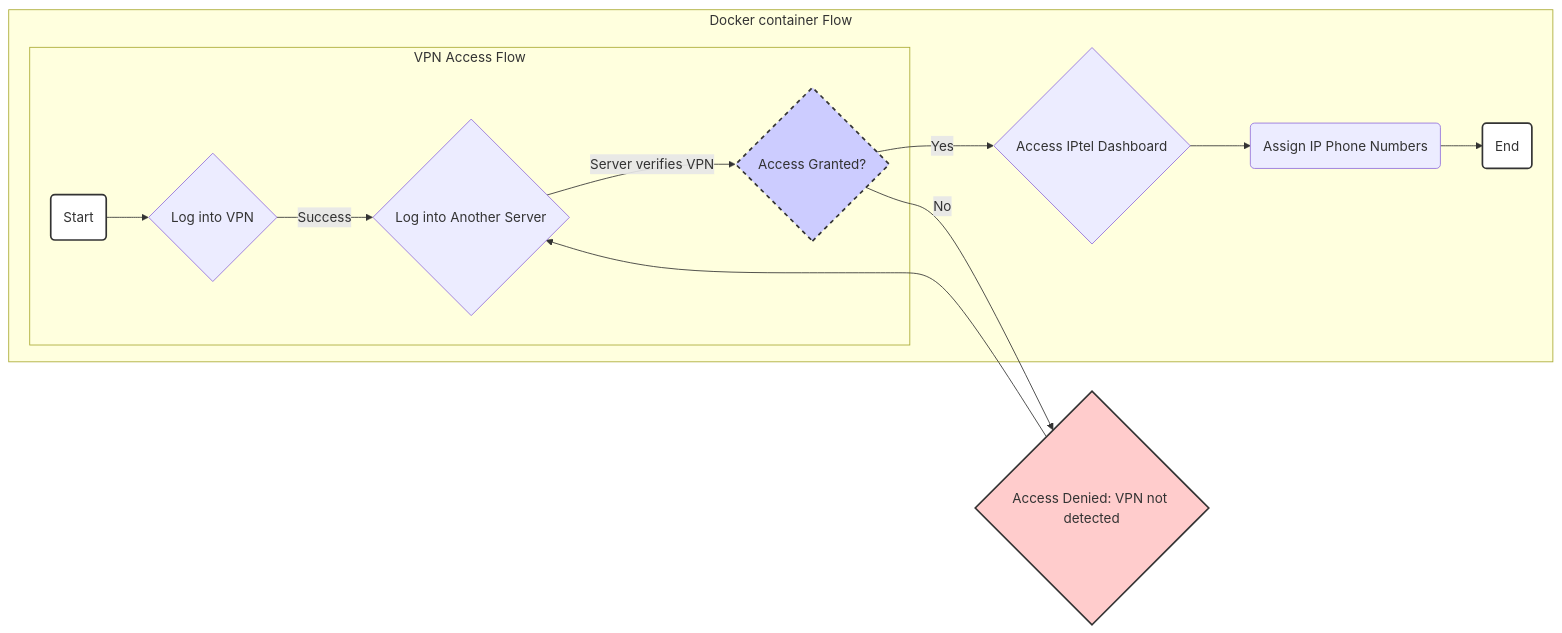
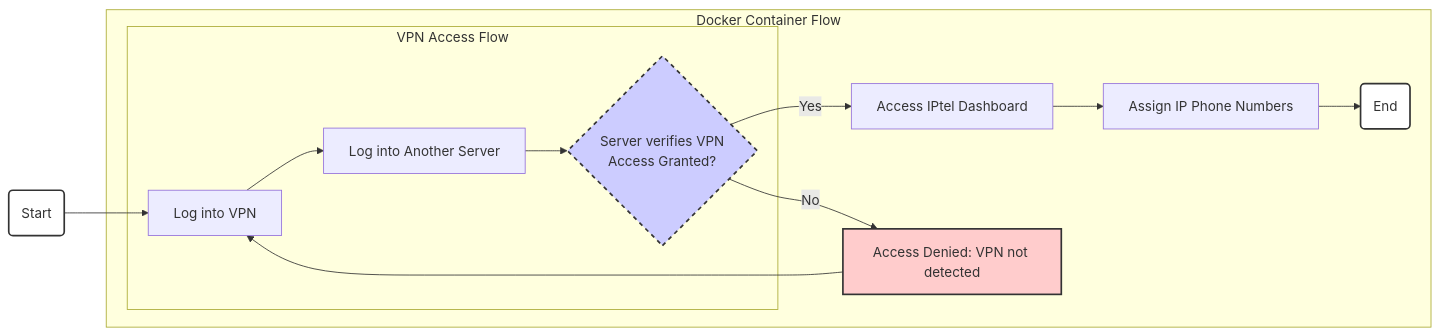
One commit to kairin/mermaid changed the diagram in iptel.md. Above: the diagram before and after it, drawn with Mermaid.

````diff
--- a/iptel.md
+++ b/iptel.md
@@ -1,30 +1,23 @@
 ```mermaid
 
 graph LR
-    A(Start) 
+    A(Start)
+    A --> B
 
-subgraph Docker container Flow
-subgraph VPN Access Flow
-    
-    A--> B{Log into VPN};
+    subgraph Docker Container Flow
+        subgraph VPN Access Flow
+            B[Log into VPN] --> C[Log into Another Server]
+            C --> D{Server verifies VPN<br/>Access Granted?}
+        end
+        D -- Yes --> E[Access IPtel Dashboard]
+        E --> F[Assign IP Phone Numbers]
+        F --> G(End)
+        D -- No --> H[Access Denied: VPN not detected]
+        H --> B
+    end
 
-
-    B -- Success --> C{Log into Another Server};
-    C -- Server verifies VPN --> D{Access Granted?};
-
- %% If there are more steps between login and access granted, add them here
-  end    
-    D -- Yes --> E{Access IPtel Dashboard};
-    E --> F(Assign IP Phone Numbers);
-    F --> G(End);
- %% If there are more steps between login and access granted, add them here
-  end
-    D -- No --> H{Access Denied: VPN not detected};
-    H --> C;
     style A fill:#fff,stroke:#333,stroke-width:2px
     style G fill:#fff,stroke:#333,stroke-width:2px
     style D fill:#ccf,stroke:#333,stroke-width:2px,stroke-dasharray: 5 5
     style H fill:#fcc,stroke:#333,stroke-width:2px
-
-
 ```
````
